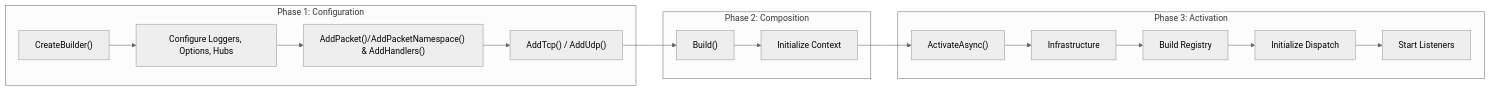
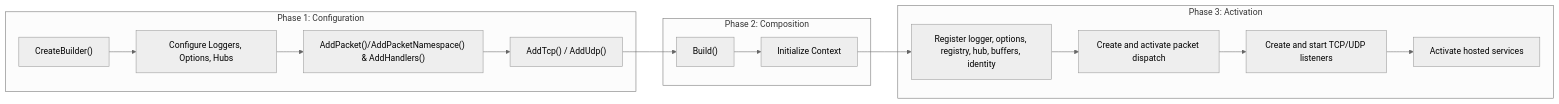
The diagram in docs/api/hosting/network-application.md (ppn-systems/Nalix), drawn with Mermaid (neutral theme) before and after one commit. The commit also changed other lines of this file and 114 other files, not shown here.

````diff
--- a/docs/api/hosting/network-application.md
+++ b/docs/api/hosting/network-application.md
@@ -27,21 +27,20 @@
 ```mermaid
 graph LR
     subgraph Configuration ["Phase 1: Configuration"]
         Create["CreateBuilder()"] --> Config["Configure Loggers, Options, Hubs"]
         Config --> Discover["AddPacket()/AddPacketNamespace() & AddHandlers()"]
         Discover --> Bind["AddTcp() / AddUdp()"]
     end
 
     subgraph Composition ["Phase 2: Composition"]
         Bind --> Build["Build()"]
         Build --> Prep["Initialize Context"]
     end
 
     subgraph Activation ["Phase 3: Activation"]
-        Prep --> Run["ActivateAsync()"]
-        Run --> Infra["Infrastructure"]
-        Infra --> Registry["Build Registry"]
-        Registry --> Dispatch["Initialize Dispatch"]
-        Dispatch --> Listeners["Start Listeners"]
+        Prep --> Services["Register logger, options, registry, hub, buffers, identity"]
+        Services --> Dispatch["Create and activate packet dispatch"]
+        Dispatch --> Listeners["Create and start TCP/UDP listeners"]
+        Listeners --> Hosted["Activate hosted services"]
     end
 ```
````
